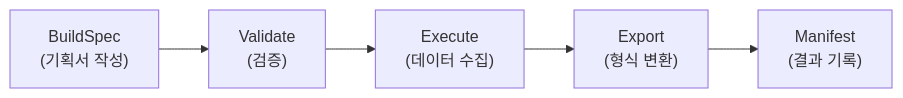
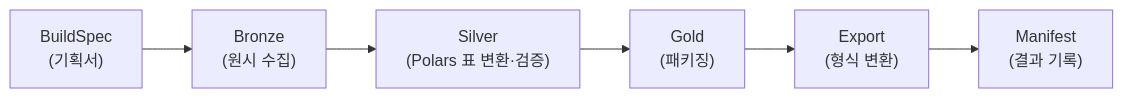
One commit to yeongseon/kpubdata-builder changed the first of 2 diagrams in docs/index.md. Above: the diagram before and after it, drawn with Mermaid. The commit also changed other lines of this file, not shown here.

First line of the commit message:
docs: fix docs/index.md to match current Medallion architecture (#298)

````diff
--- a/docs/index.md
+++ b/docs/index.md
@@ -46,7 +46,8 @@
 ```mermaid
 graph LR
-BS["BuildSpec<br/>(기획서 작성)"] --> V["Validate<br/>(검증)"]
-V --> E["Execute<br/>(데이터 수집)"]
-E --> EX["Export<br/>(형식 변환)"]
+BS["BuildSpec<br/>(기획서)"] --> B["Bronze<br/>(원시 수집)"]
+B --> S["Silver<br/>(Polars 표 변환·검증)"]
+S --> G["Gold<br/>(패키징)"]
+G --> EX["Export<br/>(형식 변환)"]
 EX --> M["Manifest<br/>(결과 기록)"]
 ```
````
